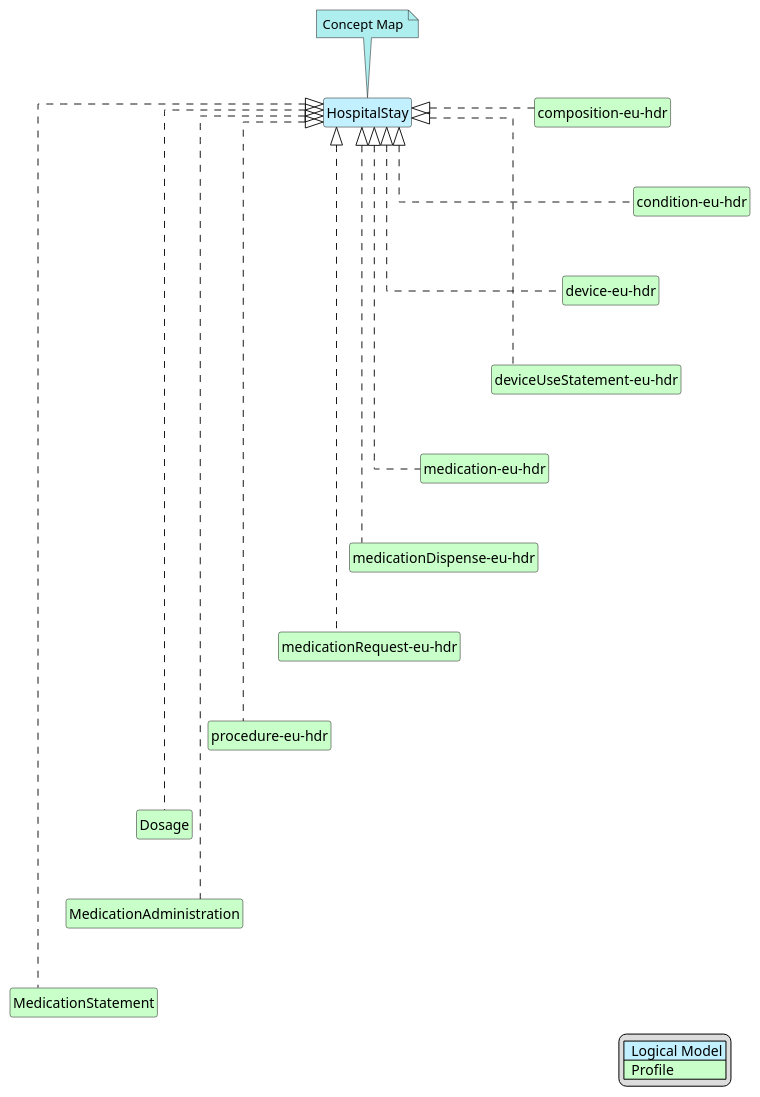
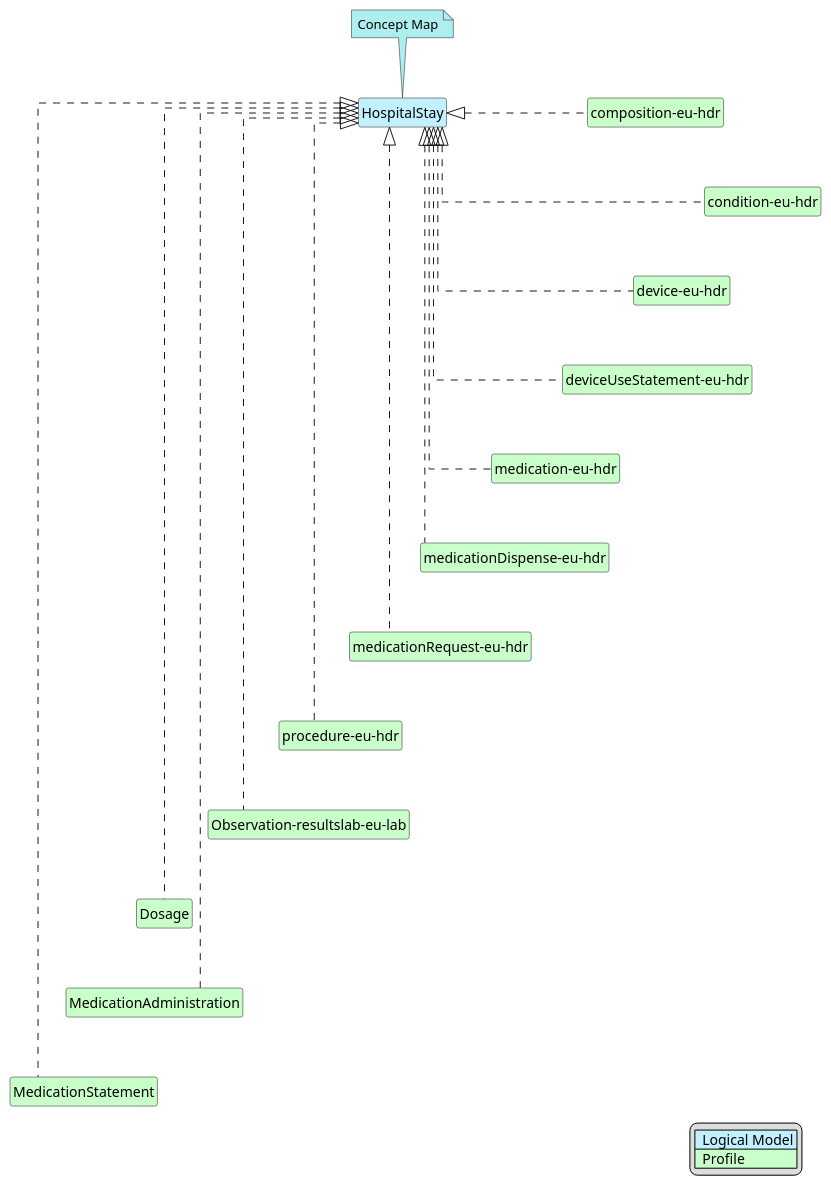
One commit to hl7-eu/hdr changed the diagram in input/images-source/HospitalStay-map.plantuml. Above: the diagram before and after it, drawn with PlantUML. The commit also changed 23 other files, not shown here.

```diff
--- a/input/images-source/HospitalStay-map.plantuml
+++ b/input/images-source/HospitalStay-map.plantuml
@@ -1,51 +1,54 @@
 @startuml
 hide circle
 hide stereotype
 hide members
 hide methods
 skinparam linetype ortho
 skinparam class {
 BackgroundColor<<LogicalModel>> #APPLICATION
 BackgroundColor<<Profile>> #TECHNOLOGY
 }
 legend right
 | <#APPLICATION>  Logical Model |
 | <#TECHNOLOGY>  Profile |
 endlegend
 class "HospitalStay" <<LogicalModel>> [[StructureDefinition-HospitalStay.html]]
 note top #PaleTurquoise [[ConceptMap-hospitalStay2FHIR-eu-hdr.html]]
 Concept Map
 endnote
 class "composition-eu-hdr" <<Profile>> [[StructureDefinition-composition-eu-hdr.html]]
 "HospitalStay" <|. "composition-eu-hdr"
 class "condition-eu-hdr" <<Profile>> [[StructureDefinition-condition-eu-hdr.html]]
 "HospitalStay" <|. "condition-eu-hdr"
 "composition-eu-hdr" -d[hidden]-> "condition-eu-hdr"
 class "device-eu-hdr" <<Profile>> [[StructureDefinition-device-eu-hdr.html]]
 "HospitalStay" <|. "device-eu-hdr"
 "condition-eu-hdr" -d[hidden]-> "device-eu-hdr"
 class "deviceUseStatement-eu-hdr" <<Profile>> [[StructureDefinition-deviceUseStatement-eu-hdr.html]]
 "HospitalStay" <|. "deviceUseStatement-eu-hdr"
 "device-eu-hdr" -d[hidden]-> "deviceUseStatement-eu-hdr"
 class "medication-eu-hdr" <<Profile>> [[StructureDefinition-medication-eu-hdr.html]]
 "HospitalStay" <|. "medication-eu-hdr"
 "deviceUseStatement-eu-hdr" -d[hidden]-> "medication-eu-hdr"
 class "medicationDispense-eu-hdr" <<Profile>> [[StructureDefinition-medicationDispense-eu-hdr.html]]
 "HospitalStay" <|. "medicationDispense-eu-hdr"
 "medication-eu-hdr" -d[hidden]-> "medicationDispense-eu-hdr"
 class "medicationRequest-eu-hdr" <<Profile>> [[StructureDefinition-medicationRequest-eu-hdr.html]]
 "HospitalStay" <|. "medicationRequest-eu-hdr"
 "medicationDispense-eu-hdr" -d[hidden]-> "medicationRequest-eu-hdr"
 class "procedure-eu-hdr" <<Profile>> [[StructureDefinition-procedure-eu-hdr.html]]
 "HospitalStay" <|. "procedure-eu-hdr"
 "medicationRequest-eu-hdr" -d[hidden]-> "procedure-eu-hdr"
+class "Observation-resultslab-eu-lab" <<Profile>> [[StructureDefinition-Observation-resultslab-eu-lab.html]]
+"HospitalStay" <|. "Observation-resultslab-eu-lab"
+"procedure-eu-hdr" -d[hidden]-> "Observation-resultslab-eu-lab"
 class "Dosage" <<Profile>> [[http://hl7.org/fhir/StructureDefinition/Dosage]]
 "HospitalStay" <|. "Dosage"
-"procedure-eu-hdr" -d[hidden]-> "Dosage"
+"Observation-resultslab-eu-lab" -d[hidden]-> "Dosage"
 class "MedicationAdministration" <<Profile>> [[http://hl7.org/fhir/StructureDefinition/MedicationAdministration]]
 "HospitalStay" <|. "MedicationAdministration"
 "Dosage" -d[hidden]-> "MedicationAdministration"
 class "MedicationStatement" <<Profile>> [[http://hl7.org/fhir/StructureDefinition/MedicationStatement]]
 "HospitalStay" <|. "MedicationStatement"
 "MedicationAdministration" -d[hidden]-> "MedicationStatement"
 @enduml
```
